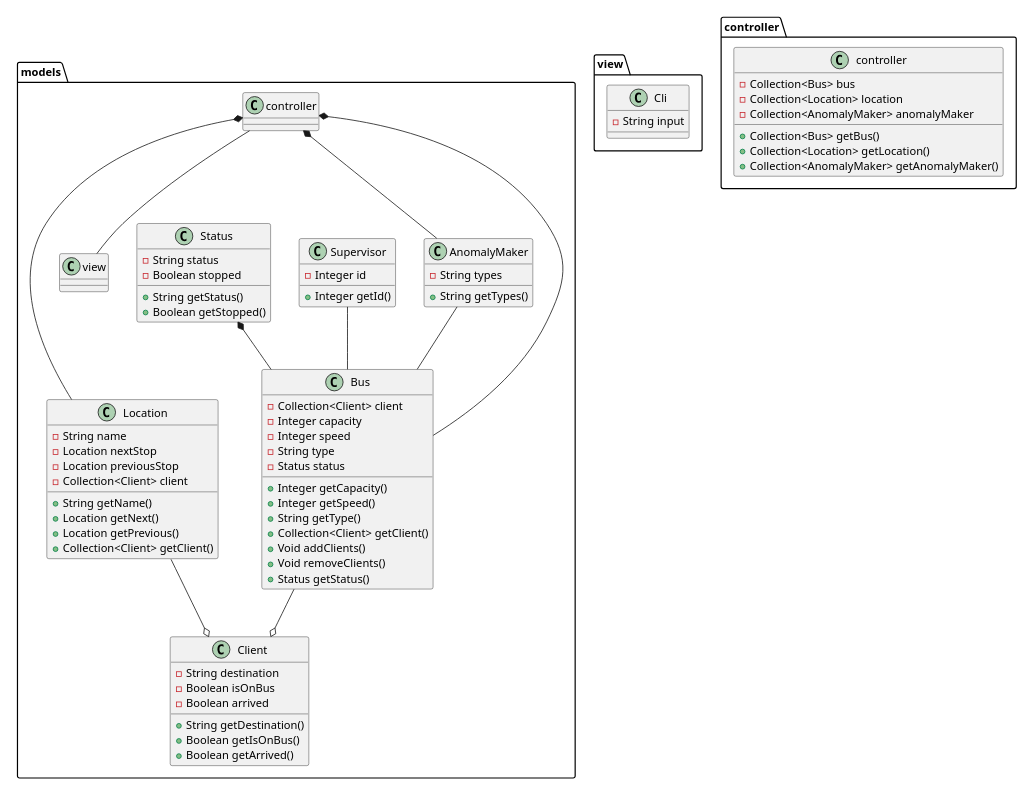
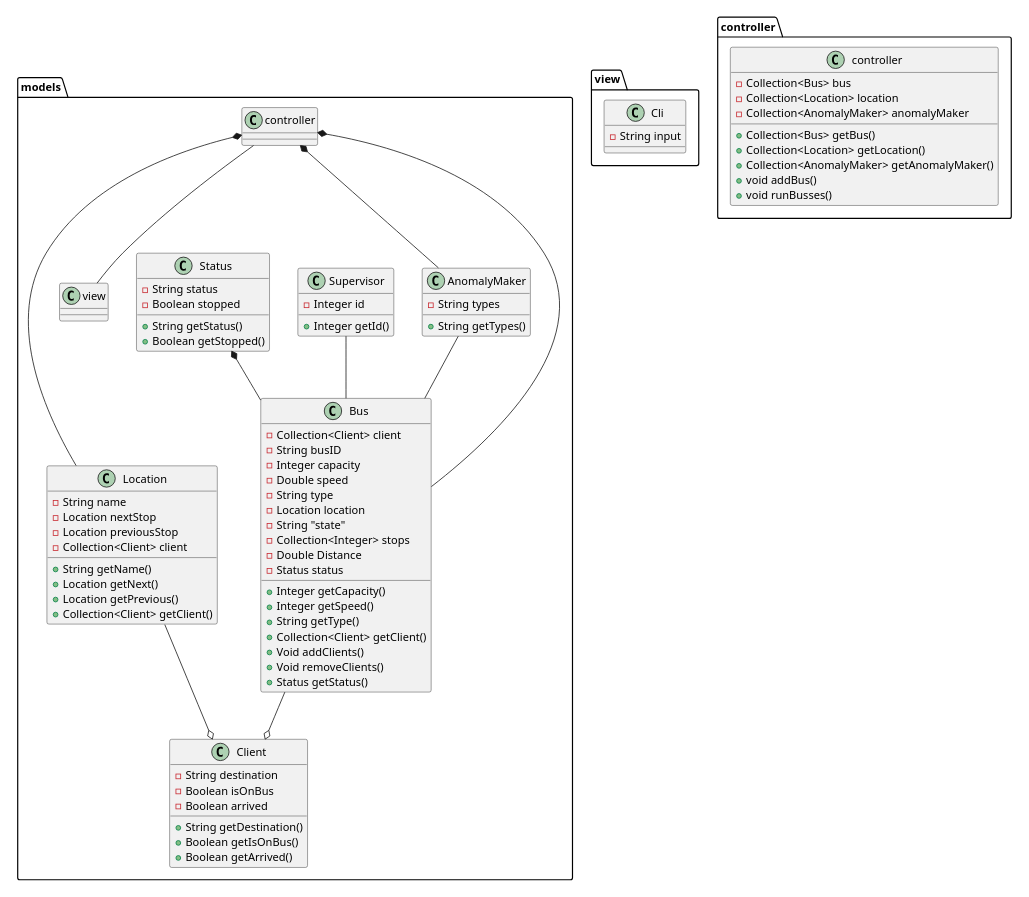
Before and after one commit to NunoCartaxoUAL/PP-Projeto: the diagram in out/production/PP-Projeto/design/Diagram.puml, drawn with PlantUML. The commit also changed 16 other files, not shown here.

```diff
--- a/out/production/PP-Projeto/design/Diagram.puml
+++ b/out/production/PP-Projeto/design/Diagram.puml
@@ -1,91 +1,98 @@
 @startuml
 
 scale 600 width
 
 package models{
     class Bus{
         -Collection<Client> client
+        -String busID
         -Integer capacity
-        -Integer speed
+        -Double speed
         -String type
+        -Location location
+        -String "state"
+        -Collection<Integer> stops
+        -Double Distance
         -Status status
         +Integer getCapacity()
         +Integer getSpeed()
         +String getType()
         +Collection<Client> getClient()
         +Void addClients()
         +Void removeClients()
         +Status getStatus()
     }
 
     class Client{
         -String destination
         -Boolean isOnBus
         -Boolean arrived
         +String getDestination()
         +Boolean getIsOnBus()
         +Boolean getArrived()
     }
 
     class Location{
         -String name
         -Location nextStop
         -Location previousStop
         -Collection<Client> client
         +String getName()
         +Location getNext()
         +Location getPrevious()
         +Collection<Client> getClient()
     }
 
     class Supervisor{
         -Integer id
         +Integer getId()
     }
 
     class Status{
         -String status
         -Boolean stopped
         +String getStatus()
         +Boolean getStopped()
     }
 
     class AnomalyMaker{
         -String types
         +String getTypes()
     }
 
     Bus --o Client
     Location --o Client
     Status *-- Bus
     AnomalyMaker -- Bus
     Supervisor -- Bus
     controller *-- Bus
     controller *-- AnomalyMaker
     controller *-- Location
     controller -- view
 
 
 }
 
 package view {
 
     class Cli{
         -String input
     }
 
 }
 
 package controller {
     class controller{
         -Collection<Bus> bus
         -Collection<Location> location
         -Collection<AnomalyMaker> anomalyMaker
         +Collection<Bus> getBus()
         +Collection<Location> getLocation()
         +Collection<AnomalyMaker> getAnomalyMaker()
+        +void addBus()
+        +void runBusses()
 
     }
 }
 
 @enduml
```
